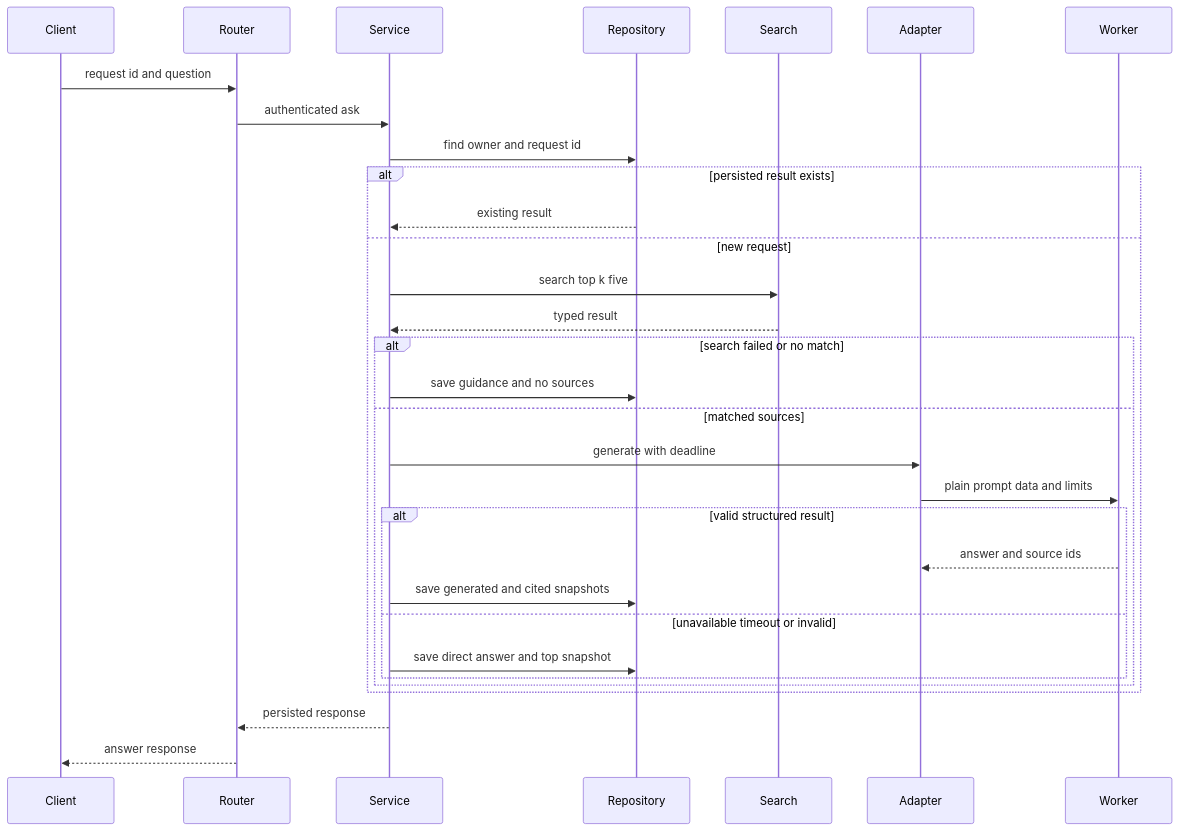
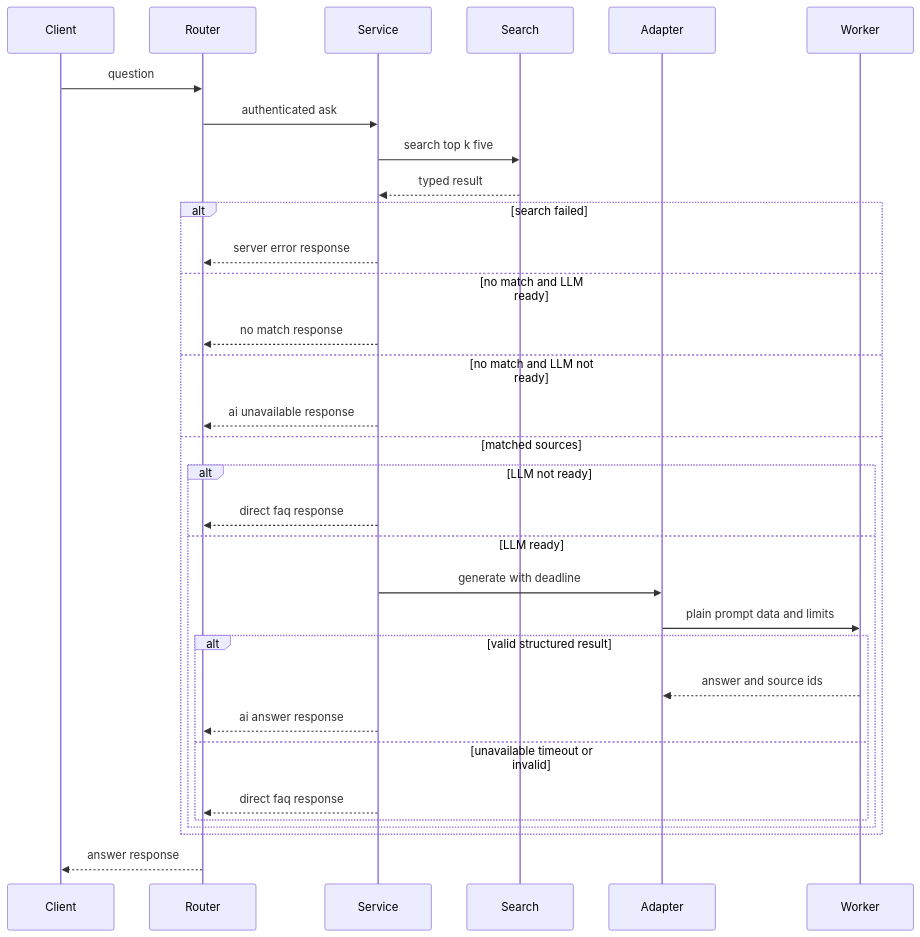
Before and after one commit to iwamuratakashi/cc-sdd-workshop-team7-helpo: the second of 4 diagrams in .kiro/specs/ai-helpdesk-chat/design.md, drawn with Mermaid. The commit also changed other lines of this file and 11 other files, not shown here.

````diff
--- a/.kiro/specs/ai-helpdesk-chat/design.md
+++ b/.kiro/specs/ai-helpdesk-chat/design.md
@@ -137,33 +127,34 @@
 ```mermaid
 sequenceDiagram
     participant Client
     participant Router
     participant Service
-    participant Repository
     participant Search
     participant Adapter
     participant Worker
-    Client->>Router: request id and question
+    Client->>Router: question
     Router->>Service: authenticated ask
-    Service->>Repository: find owner and request id
-    alt persisted result exists
-        Repository-->>Service: existing result
-    else new request
-        Service->>Search: search top k five
-        Search-->>Service: typed result
-        alt search failed or no match
-            Service->>Repository: save guidance and no sources
-        else matched sources
+    Service->>Search: search top k five
+    Search-->>Service: typed result
+    alt search failed
+        Service-->>Router: server error response
+    else no match and LLM ready
+        Service-->>Router: no match response
+    else no match and LLM not ready
+        Service-->>Router: ai unavailable response
+    else matched sources
+        alt LLM not ready
+            Service-->>Router: direct faq response
+        else LLM ready
             Service->>Adapter: generate with deadline
             Adapter->>Worker: plain prompt data and limits
             alt valid structured result
                 Worker-->>Adapter: answer and source ids
-                Service->>Repository: save generated and cited snapshots
+                Service-->>Router: ai answer response
             else unavailable timeout or invalid
-                Service->>Repository: save direct answer and top snapshot
+                Service-->>Router: direct faq response
             end
         end
     end
-    Service-->>Router: persisted response
     Router-->>Client: answer response
 ```
````
